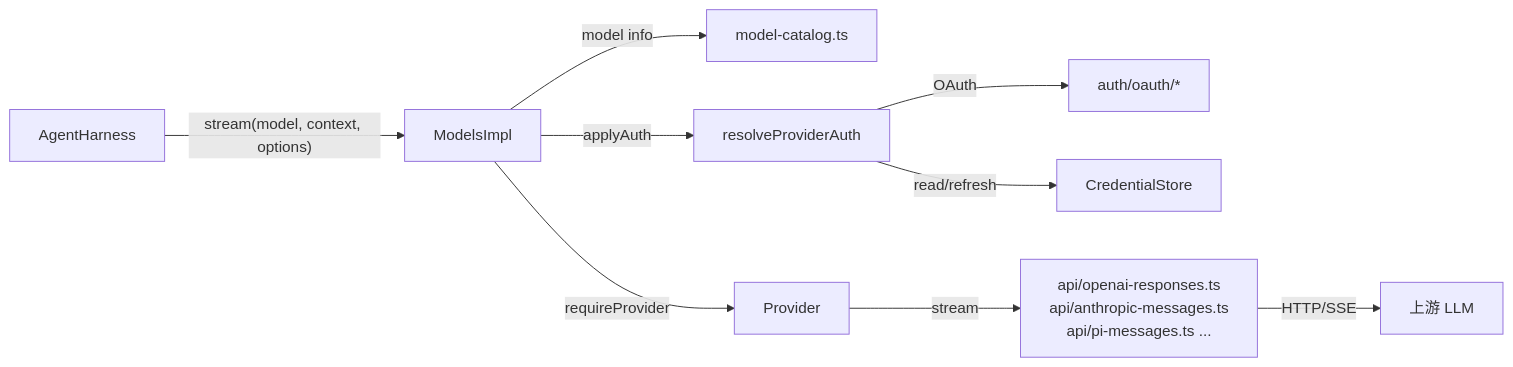
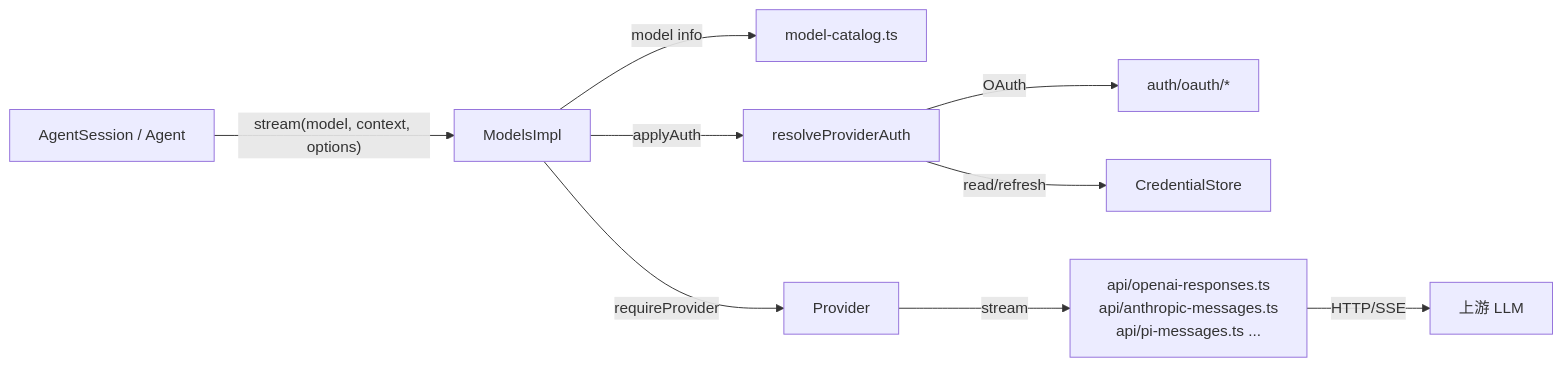
Before and after one commit to jefby/pi: the fifth of 7 diagrams in docs/architecture.md, drawn with Mermaid. The commit also changed other lines of this file, not shown here.

Commit message:
docs(agent): update architecture.md - AgentSession/Agent/tools/compaction/interactive flow

````diff
--- a/docs/architecture.md
+++ b/docs/architecture.md
@@ -290,21 +289,21 @@
 ```mermaid
 flowchart LR
-    Caller[AgentHarness]
+    Caller[AgentSession / Agent]
     Models[ModelsImpl]
     Catalog[model-catalog.ts]
     Auth[resolveProviderAuth]
     OAuth[auth/oauth/*]
     Store[CredentialStore]
     Provider[Provider]
     API[api/openai-responses.ts<br/>api/anthropic-messages.ts<br/>api/pi-messages.ts ...]
     Upstream[上游 LLM]
 
     Caller -->|"stream(model, context, options)"| Models
     Models -->|requireProvider| Provider
     Models -->|model info| Catalog
     Models -->|applyAuth| Auth
     Auth -->|OAuth| OAuth
     Auth -->|read/refresh| Store
     Provider -->|stream| API
     API -->|HTTP/SSE| Upstream
 ```
````
